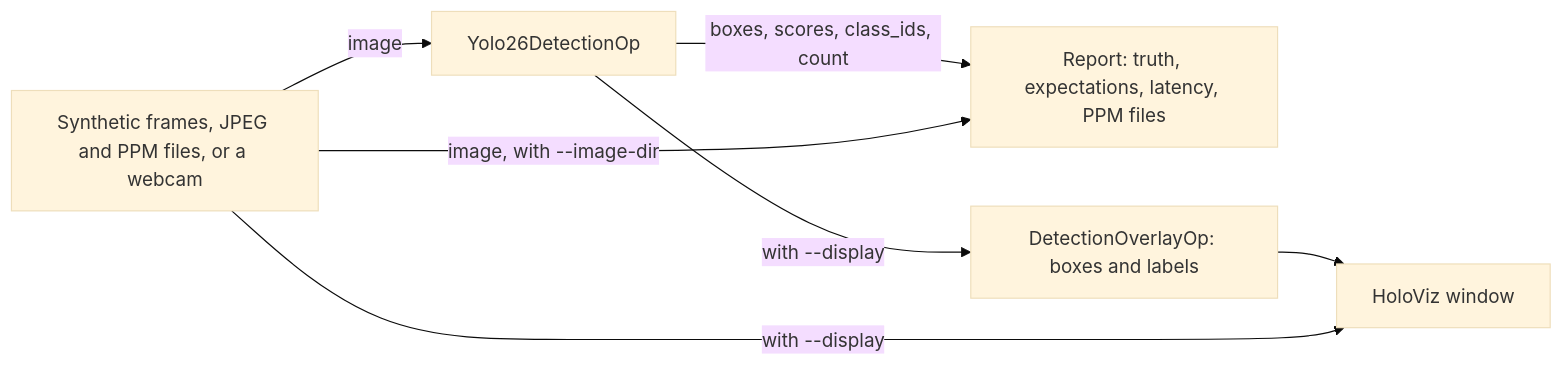
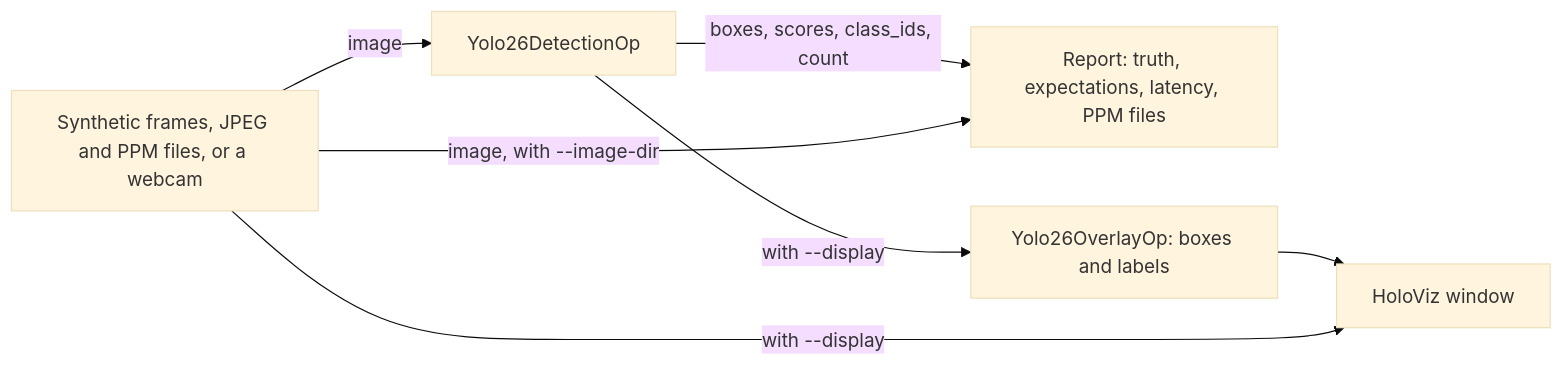
The diagram in applications/yolo26_detection/README.md (snknitheesh/holoscan-zozo-modules), drawn with Mermaid (base theme) before and after one commit. The commit also changed other lines of this file and 9 other files, not shown here.

Commit message:
Rename the overlay operator to Yolo26OverlayOp

````diff
--- a/applications/yolo26_detection/README.md
+++ b/applications/yolo26_detection/README.md
@@ -19,8 +19,8 @@
 ```mermaid
 flowchart LR
     S[Synthetic frames, JPEG and PPM files, or a webcam] -->|image| D[Yolo26DetectionOp]
     D -->|boxes, scores, class_ids, count| R[Report: truth, expectations, latency, PPM files]
     S -->|image, with --image-dir| R
-    D -->|with --display| O[DetectionOverlayOp: boxes and labels] --> V[HoloViz window]
+    D -->|with --display| O[Yolo26OverlayOp: boxes and labels] --> V[HoloViz window]
     S -->|with --display| V
 ```
````
